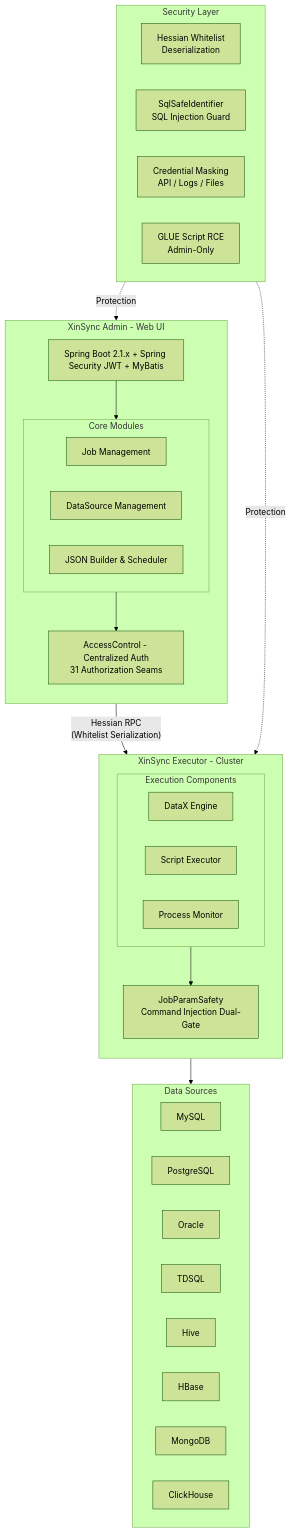
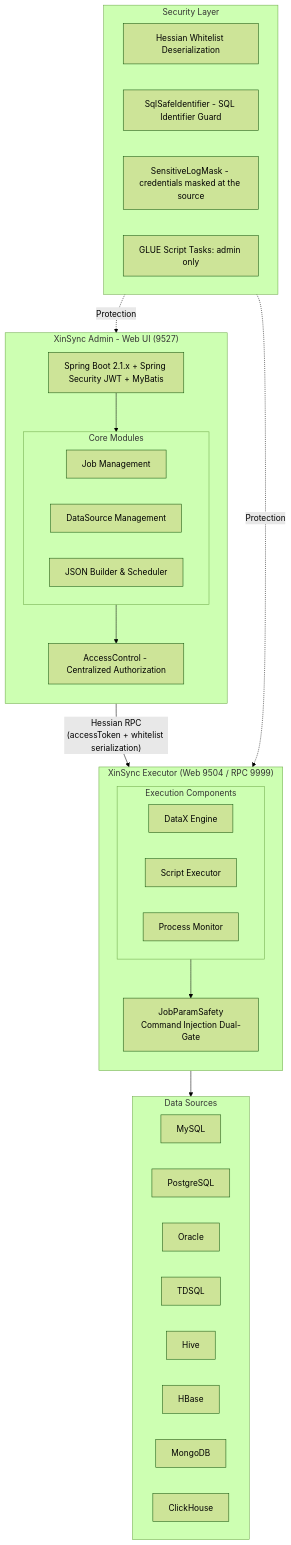
The diagram in README_EN.md (bianqiang-ui/xinsync), drawn with Mermaid (forest theme) before and after one commit. The commit also changed other lines of this file and 4 other files, not shown here.

````diff
--- a/README_EN.md
+++ b/README_EN.md
@@ -32,51 +34,51 @@
 ```mermaid
 graph TB
-    subgraph Web["XinSync Admin - Web UI"]
+    subgraph Web["XinSync Admin - Web UI (9527)"]
         direction TB
         SB["Spring Boot 2.1.x + Spring Security JWT + MyBatis"]
         subgraph Modules["Core Modules"]
             JM["Job Management"]
             DS["DataSource Management"]
             JB["JSON Builder & Scheduler"]
         end
-        AC["AccessControl - Centralized Auth<br/>31 Authorization Seams"]
+        AC["AccessControl - Centralized Authorization"]
         SB --> Modules
         Modules --> AC
     end
 
-    subgraph Executor["XinSync Executor - Cluster"]
+    subgraph Executor["XinSync Executor (Web 9504 / RPC 9999)"]
         direction TB
         subgraph Workers["Execution Components"]
             DX["DataX Engine"]
             SC["Script Executor"]
             PM["Process Monitor"]
         end
         JP["JobParamSafety<br/>Command Injection Dual-Gate"]
         Workers --> JP
     end
 
     subgraph Security["Security Layer"]
         direction LR
-        HW["Hessian Whitelist<br/>Deserialization"]
-        SI["SqlSafeIdentifier<br/>SQL Injection Guard"]
-        CM["Credential Masking<br/>API / Logs / Files"]
-        GS["GLUE Script RCE<br/>Admin-Only"]
+        HW["Hessian Whitelist Deserialization"]
+        SI["SqlSafeIdentifier - SQL Identifier Guard"]
+        CM["SensitiveLogMask - credentials masked at the source"]
+        GS["GLUE Script Tasks: admin only"]
     end
 
     subgraph DataSources["Data Sources"]
         direction LR
         MySQL
         PostgreSQL
         Oracle
         TDSQL
         Hive
         HBase
         MongoDB
         ClickHouse
     end
 
-    Web -->|"Hessian RPC<br/>(Whitelist Serialization)"| Executor
+    Web -->|"Hessian RPC<br/>(accessToken + whitelist serialization)"| Executor
     Executor --> DataSources
     Security -.->|"Protection"| Web
     Security -.->|"Protection"| Executor
 ```
````
